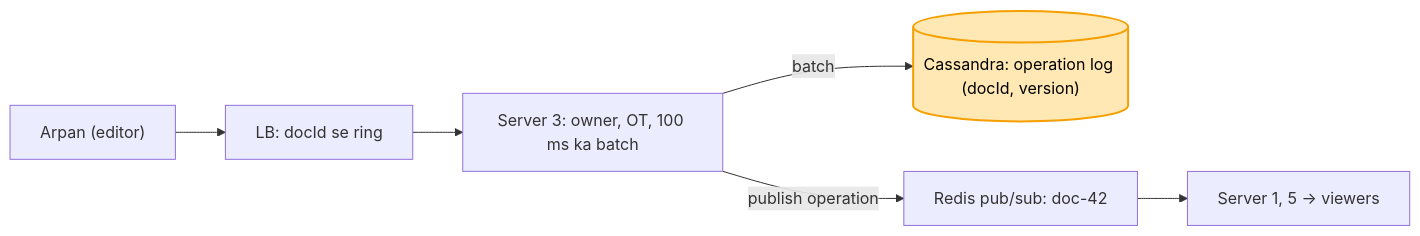
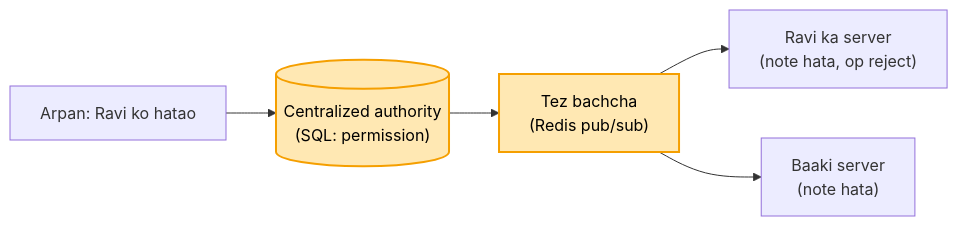
Before and after one commit to ArpanMaheshwari144/Prep: the fourth of 4 diagrams in 04_HLD/SYSTEM_DESIGNS/11_google_docs_collab/11_google_docs_collab.md, drawn with Mermaid. The commit also changed other lines of this file and 13 other files, not shown here.

````diff
--- a/04_HLD/SYSTEM_DESIGNS/11_google_docs_collab/11_google_docs_collab.md
+++ b/04_HLD/SYSTEM_DESIGNS/11_google_docs_collab/11_google_docs_collab.md
@@ -287,9 +128,9 @@
 ```mermaid
 flowchart LR
-    A["Arpan (editor)"] --> LB["LB: docId se ring"]
-    LB --> S3["Server 3: owner, OT, 100 ms ka batch"]
-    S3 -- "batch" --> C[("Cassandra: operation log (docId, version)")]
-    S3 -- "publish operation" --> P["Redis pub/sub: doc-42"]
-    P --> V["Server 1, 5 -> viewers"]
-    style C fill:#ffe8b3,stroke:#f59f00,stroke-width:2px,color:#000
+    M["Arpan: Ravi ko hatao"] --> Q[("Centralized authority<br/>(SQL: permission)")]
+    Q --> P["Tez bachcha<br/>(Redis pub/sub)"]
+    P --> S1["Ravi ka server<br/>(note hata, op reject)"]
+    P --> S2["Baaki server<br/>(note hata)"]
+    style Q fill:#ffe8b3,stroke:#f59f00,stroke-width:2px,color:#000
+    style P fill:#ffe8b3,stroke:#f59f00,stroke-width:2px,color:#000
 ```
````
